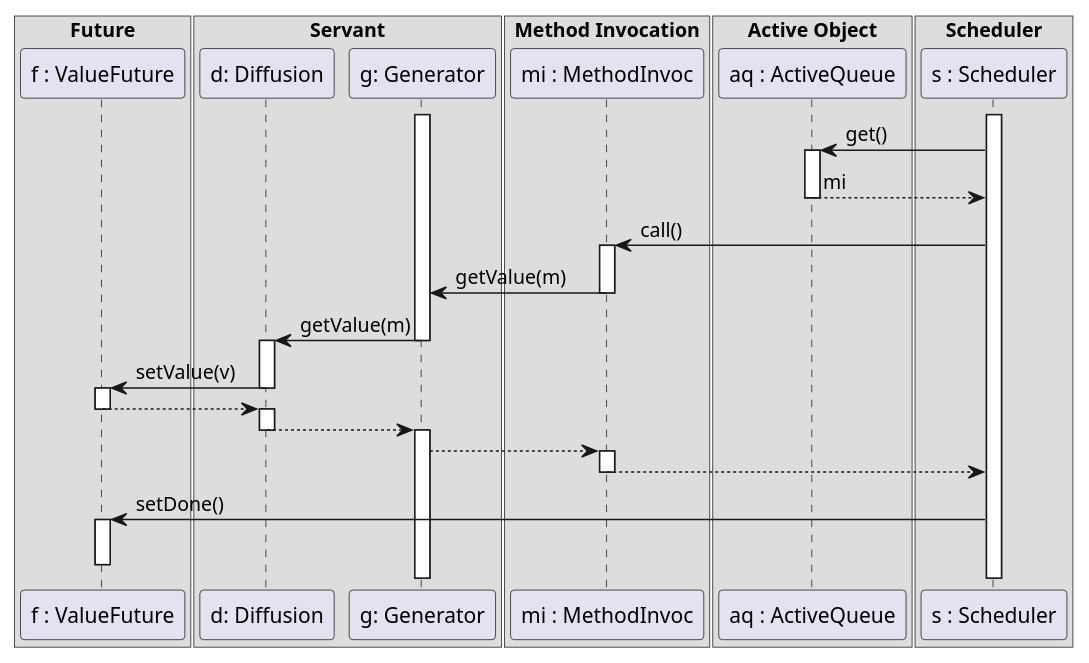
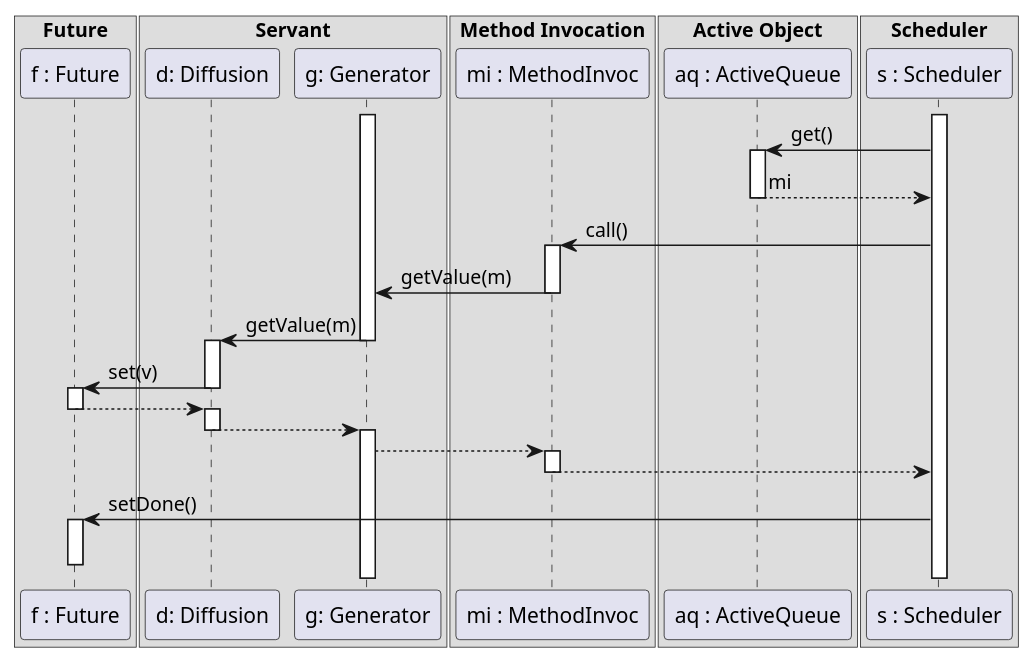
The diagram in AOC/TP1/getValueAsync2.puml (malahx/ISTIC), drawn with PlantUML before and after one commit. The commit also changed 2 other files, not shown here.

```diff
--- a/AOC/TP1/getValueAsync2.puml
+++ b/AOC/TP1/getValueAsync2.puml
@@ -1,47 +1,47 @@
 @startuml
 box "Future"
-    participant "f : ValueFuture" as f
+    participant "f : Future" as f
 end box
 box "Servant"
     participant "d: Diffusion" as d
     participant "g: Generator" as g
 end box
 box "Method Invocation"
     participant "mi : MethodInvoc" as mi
 end box
 box "Active Object"
     participant "aq : ActiveQueue" as aq
 end box
 box "Scheduler"
     participant "s : Scheduler" as s
 end box
 activate g
 activate s
 s -> aq: get()
 activate aq
 aq --> s: mi
 deactivate aq
 s -> mi: call()
 activate mi
 mi -> g: getValue(m)
 deactivate mi
 g -> d: getValue(m)
 deactivate g
 activate d
-d -> f: setValue(v)
+d -> f: set(v)
 deactivate d
 activate f
 f --> d
 deactivate f
 activate d
 d --> g
 deactivate d
 activate g
 g --> mi
 activate mi
 mi --> s
 deactivate mi
 s -> f: setDone()
 activate f
 deactivate f
 @enduml
```
